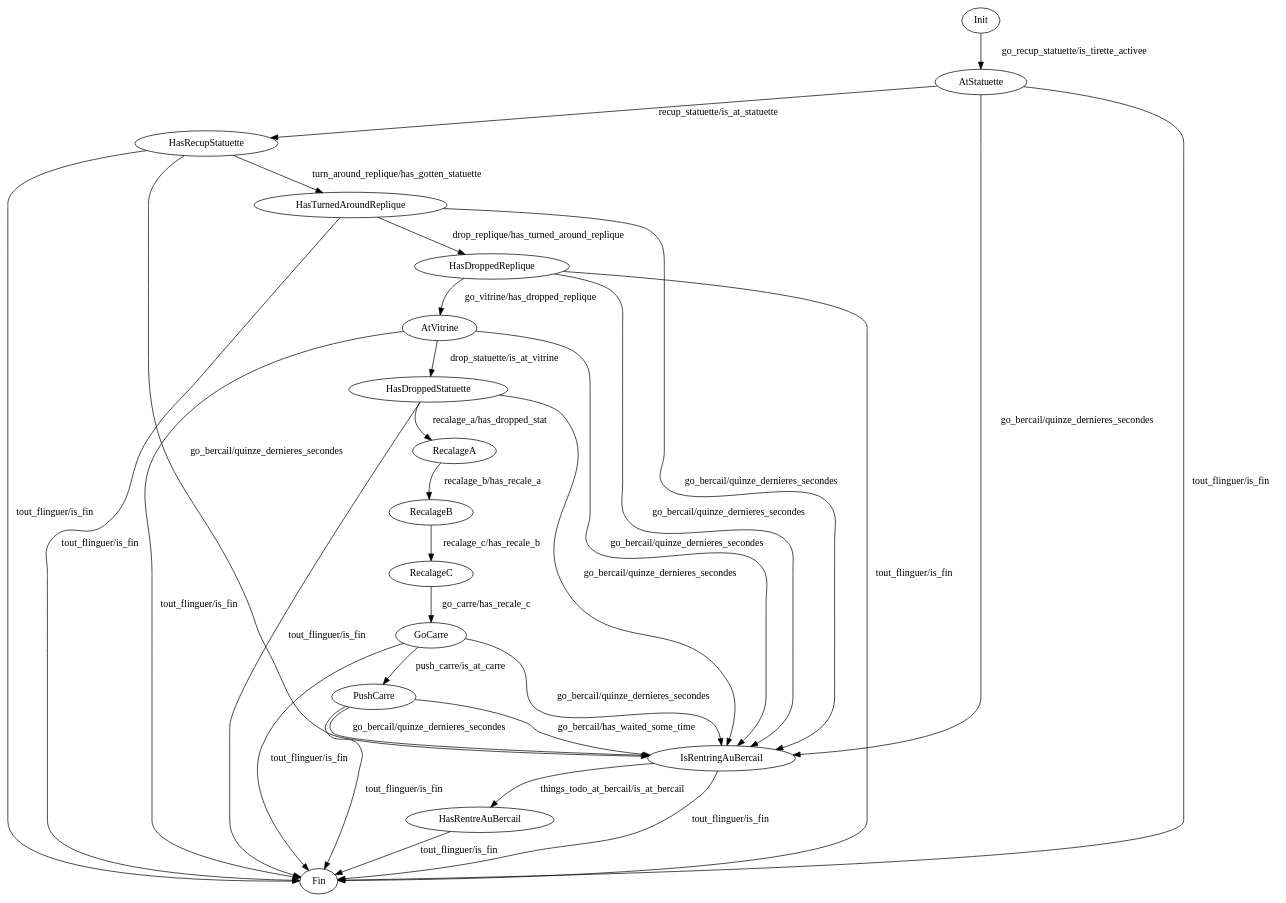
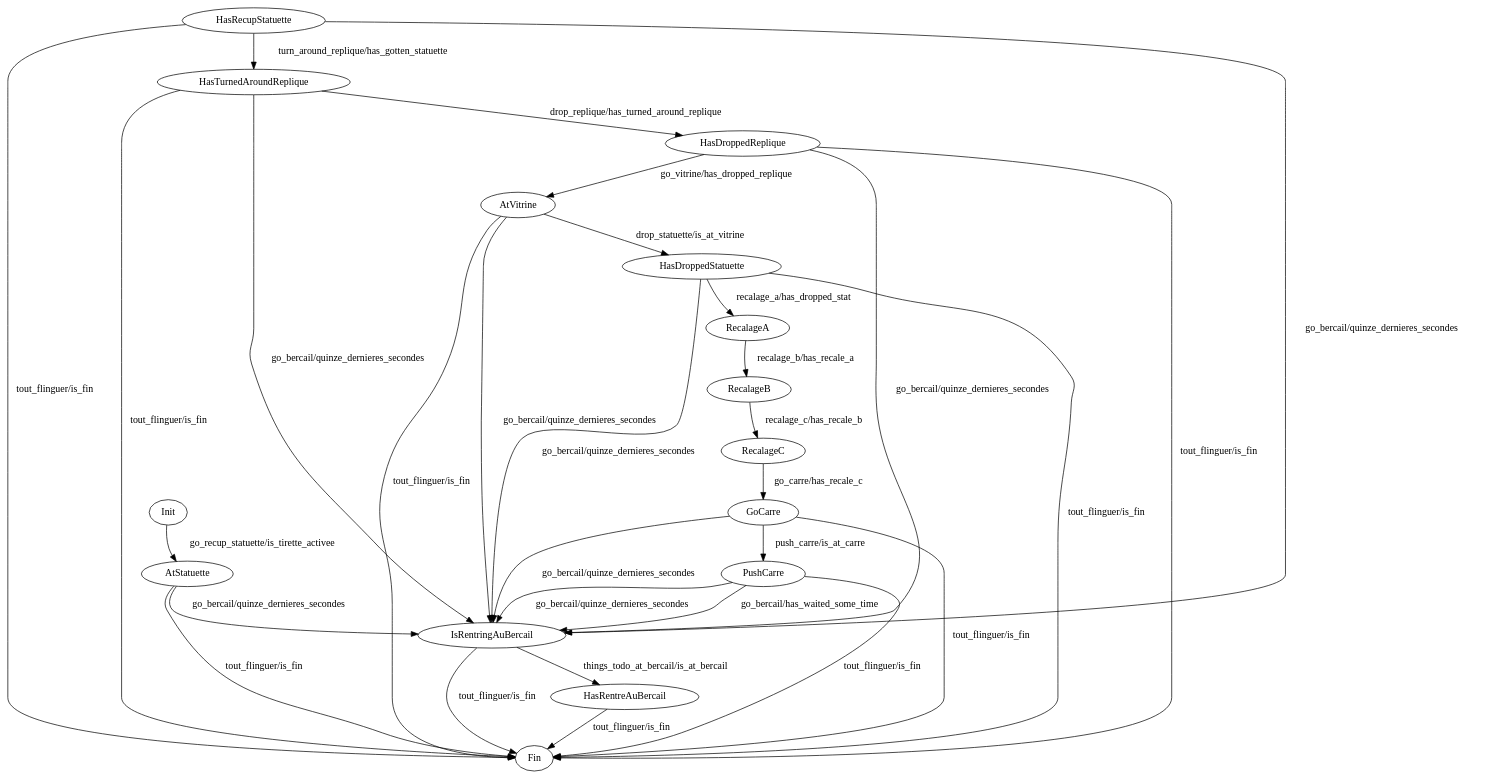
The diagram in enac_strat/enac_strat/state_machine_discount.dot (ENACRobotique/robot_stack_2022), drawn with Graphviz before and after one commit. The commit also changed 2 other files, not shown here.

```diff
--- a/enac_strat/enac_strat/state_machine_discount.dot
+++ b/enac_strat/enac_strat/state_machine_discount.dot
@@ -1,50 +1,50 @@
 //init Init
 digraph EnacStrat {
     Init [comment="on_init"]
     //retour au bercail en cas de pb de temps
     {AtStatuette HasRecupStatuette HasTurnedAroundReplique HasDroppedReplique AtVitrine HasDroppedStatuette
         GoCarre PushCarre
     } -> IsRentringAuBercail
         [label="go_bercail/quinze_dernieres_secondes"]
     {AtStatuette HasRecupStatuette HasTurnedAroundReplique HasDroppedReplique AtVitrine HasDroppedStatuette
         GoCarre PushCarre IsRentringAuBercail HasRentreAuBercail
     } -> Fin
         [label="tout_flinguer/is_fin"]
     
     IsRentringAuBercail -> HasRentreAuBercail [label="things_todo_at_bercail/is_at_bercail"]
 
     //sequence: depot de la replique et recuperation de la statuette
     Init -> AtStatuette
         [label="go_recup_statuette/is_tirette_activee"]
-    AtStatuette -> HasRecupStatuette
-        [label="recup_statuette/is_at_statuette"]
+    //AtStatuette -> HasRecupStatuette
+    //    [label="recup_statuette/is_at_statuette"]
     HasRecupStatuette -> HasTurnedAroundReplique
         [label="turn_around_replique/has_gotten_statuette"]
     HasTurnedAroundReplique -> HasDroppedReplique
         [label="drop_replique/has_turned_around_replique"]
     HasDroppedReplique -> AtVitrine
         [label="go_vitrine/has_dropped_replique"]
     AtVitrine -> HasDroppedStatuette
         [label="drop_statuette/is_at_vitrine"]
 
     HasDroppedStatuette -> RecalageA
         [label="recalage_a/has_dropped_stat"]
 
     RecalageA -> RecalageB
         [label="recalage_b/has_recale_a"]
     
     RecalageB -> RecalageC
         [label="recalage_c/has_recale_b"]
     
     //sequence: recuperation des palets et depot sur la galerie
     //recuperation des 3 palets
     RecalageC -> GoCarre
         [label="go_carre/has_recale_c"]
     
     GoCarre -> PushCarre
         [label="push_carre/is_at_carre"]
     
     PushCarre -> IsRentringAuBercail
         [label="go_bercail/has_waited_some_time"]
 
 }
```
